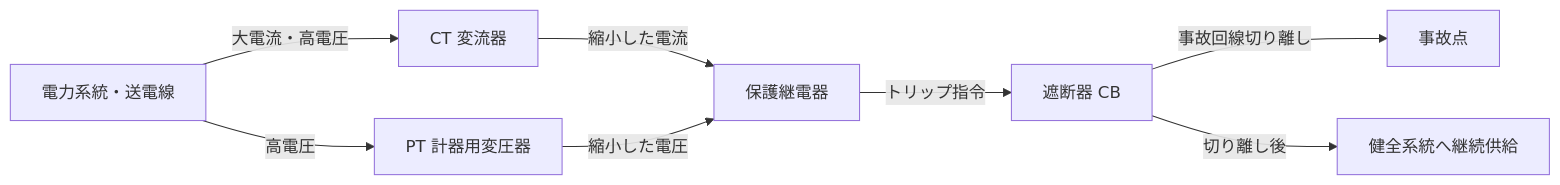
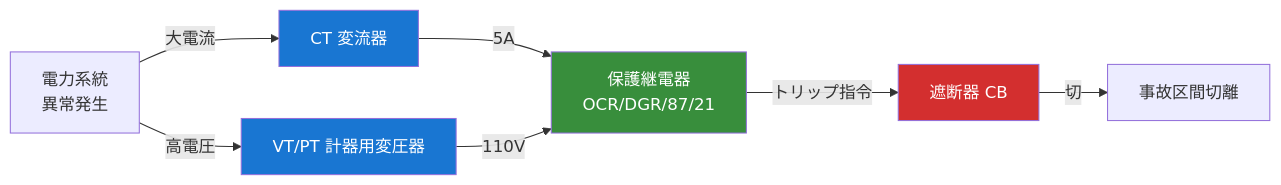
Before and after one commit to kfurufuru/denken-wiki-denryoku: the diagram in docs/themes/kaihei-hogo.md, drawn with Mermaid. The commit also changed other lines of this file and 4 other files, not shown here.

````diff
--- a/docs/themes/kaihei-hogo.md
+++ b/docs/themes/kaihei-hogo.md
@@ -38,10 +27,19 @@
 ```mermaid
 graph LR
-    A[電力系統・送電線] -->|大電流・高電圧| B[CT 変流器]
-    A -->|高電圧| C[PT 計器用変圧器]
-    B -->|縮小した電流| D[保護継電器]
-    C -->|縮小した電圧| D
+    A[電力系統<br/>異常発生] -->|大電流| B[CT 変流器]
+    A -->|高電圧| C[VT/PT 計器用変圧器]
+    B -->|5A| D[保護継電器<br/>OCR/DGR/87/21]
+    C -->|110V| D
     D -->|トリップ指令| E[遮断器 CB]
-    E -->|事故回線切り離し| F[事故点]
-    E -->|切り離し後| G[健全系統へ継続供給]
+    E -->|切| F[事故区間切離]
+
+    click B "keiki-hensei.html" "計器用変成器ページへ"
+    click C "keiki-hensei.html" "計器用変成器ページへ"
+    click D "hogo-keiden.html" "保護継電器ページへ"
+    click E "shadanki.html" "遮断器ページへ"
+
+    style B fill:#1976d2,color:#fff
+    style C fill:#1976d2,color:#fff
+    style D fill:#388e3c,color:#fff
+    style E fill:#d32f2f,color:#fff
 ```
````
